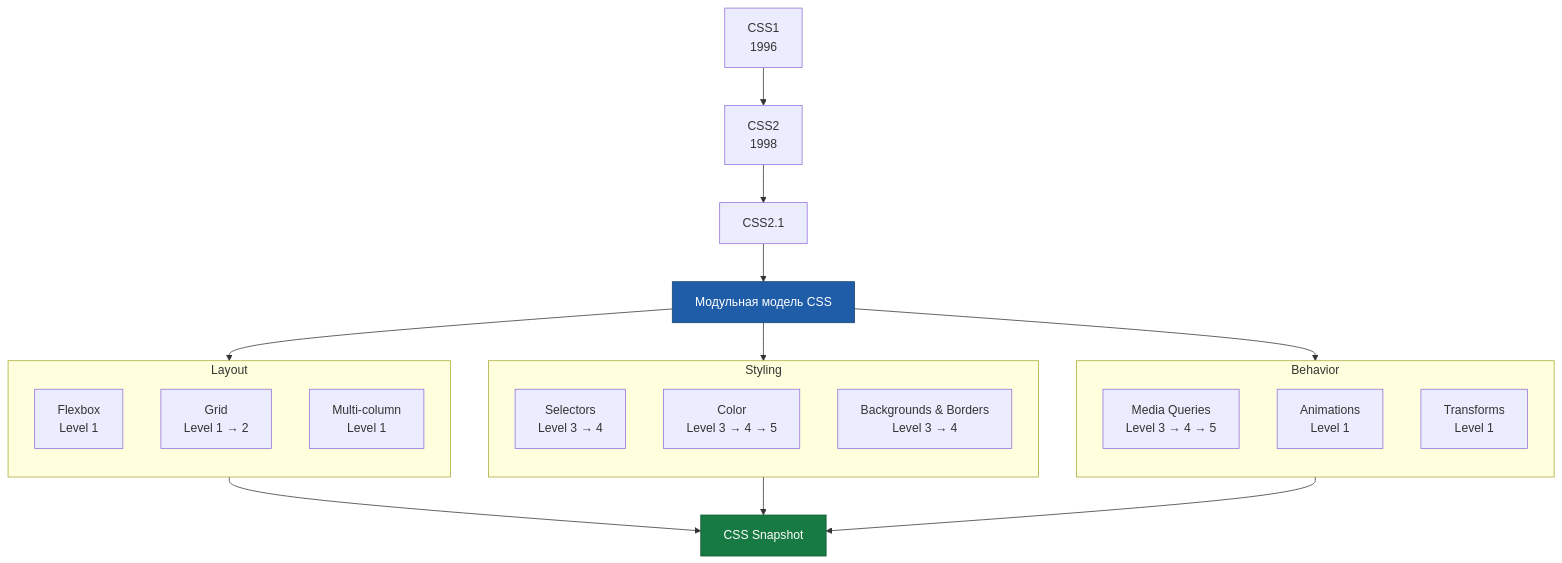
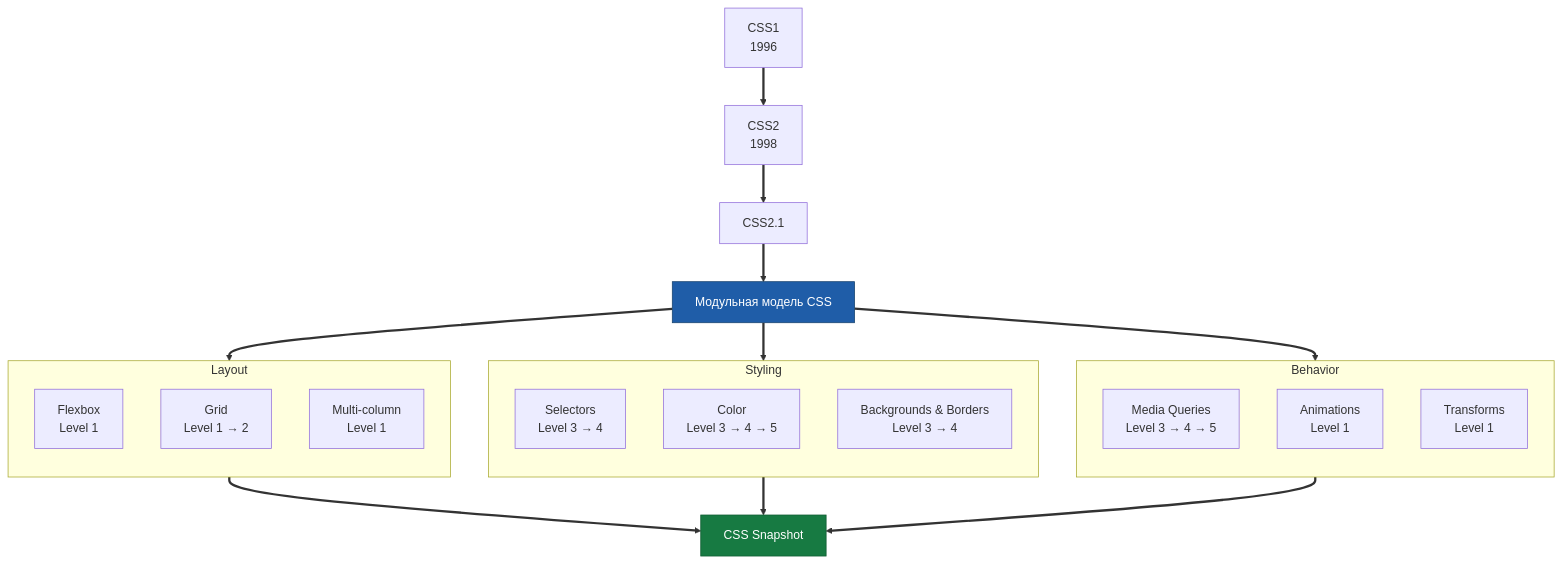
The first of 4 diagrams in slides.md (Momomash/hitchhiking-web-platform), drawn with Mermaid before and after one commit. The commit also changed other lines of this file and 2 other files, not shown here.

````diff
--- a/slides.md
+++ b/slides.md
@@ -1667,41 +1666,43 @@
 ```mermaid
 flowchart TD
     A["CSS1<br/>1996"] --> B["CSS2<br/>1998"]
     B --> C["CSS2.1"]
 
     C --> D["Модульная модель CSS"]
 
     D --> S1
 
     subgraph S1["Layout"]
         direction TB
         I["Flexbox<br/>Level 1"]
         J["Grid<br/>Level 1 → 2"]
         K["Multi-column<br/>Level 1"]
     end
 
     D --> S2
 
     subgraph S2["Styling"]
         direction TB
         E["Selectors<br/>Level 3 → 4"]
         F["Color<br/>Level 3 → 4 → 5"]
         G["Backgrounds & Borders<br/>Level 3 → 4"]
     end
 
     D --> S3
 
     subgraph S3["Behavior"]
         direction TB
         H["Media Queries<br/>Level 3 → 4 → 5"]
         L["Animations<br/>Level 1"]
         M["Transforms<br/>Level 1"]
     end
 
     S1 --> N["CSS Snapshot"]
     S2 --> N
     S3 --> N
 
     style D fill:#1f5da8,stroke:#17436f,color:#fff
     style N fill:#177a42,stroke:#115c32,color:#fff
+
+    linkStyle default stroke-width:3px
 ```
````
